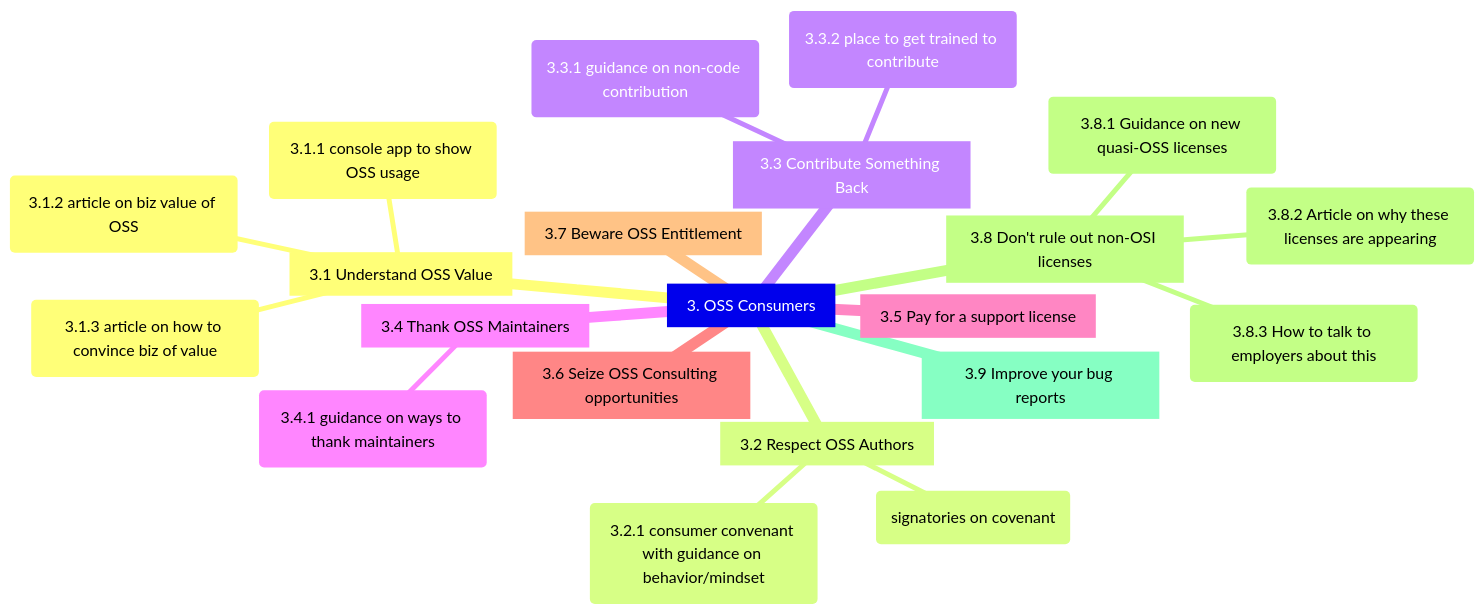
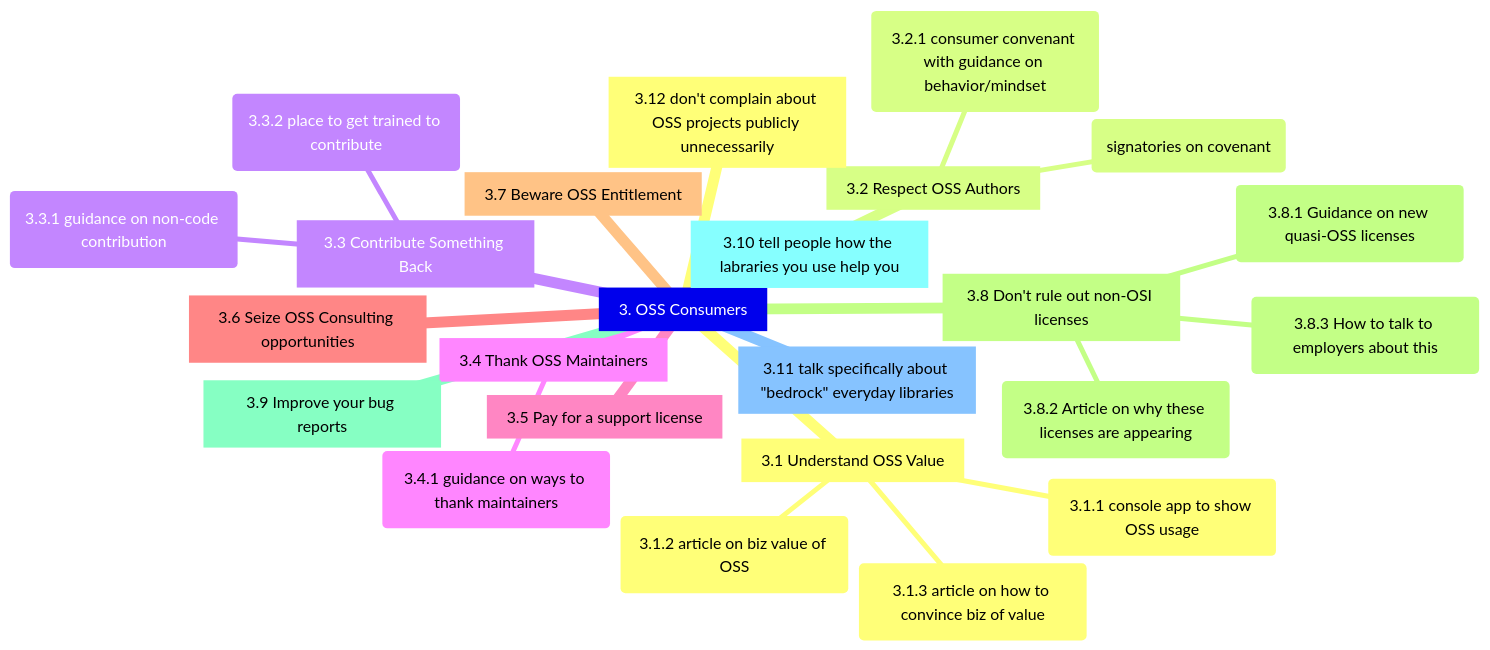
One commit to AWiderDotNET/home changed the third of 9 diagrams in README.md. Above: the diagram before and after it, drawn with Mermaid. The commit also changed other lines of this file, not shown here.

````diff
--- a/README.md
+++ b/README.md
@@ -88,24 +88,27 @@
 ```mermaid
 mindmap
   3[3. OSS Consumers]
     3.1[3.1 Understand OSS Value]
       3.1.1(3.1.1 console app to show OSS usage)
       3.1.2(3.1.2 article on biz value of OSS)
       3.1.3(3.1.3 article on how to convince biz of value)
     3.2[3.2 Respect OSS Authors]
       3.2.1(3.2.1 consumer convenant with guidance on behavior/mindset)
       3.2.2(signatories on covenant)
     3.3[3.3 Contribute Something Back]
       3.3.1(3.3.1 guidance on non-code contribution)
       3.3.2(3.3.2 place to get trained to contribute)
     3.4[3.4 Thank OSS Maintainers]
       3.4.1(3.4.1 guidance on ways to thank maintainers)
     3.5[3.5 Pay for a support license]
     3.6[3.6 Seize OSS Consulting opportunities]
     3.7[3.7 Beware OSS Entitlement]
     3.8[3.8 Don't rule out non-OSI licenses]
       3.8.1(3.8.1 Guidance on new quasi-OSS licenses)
       3.8.2(3.8.2 Article on why these licenses are appearing)
       3.8.3(3.8.3 How to talk to employers about this)
     3.9[3.9 Improve your bug reports]
+    3.10[3.10 tell people how the labraries you use help you]
+    3.11[3.11 talk specifically about "bedrock" everyday libraries]
+    3.12[3.12 don't complain about OSS projects publicly unnecessarily]
 ```
````
